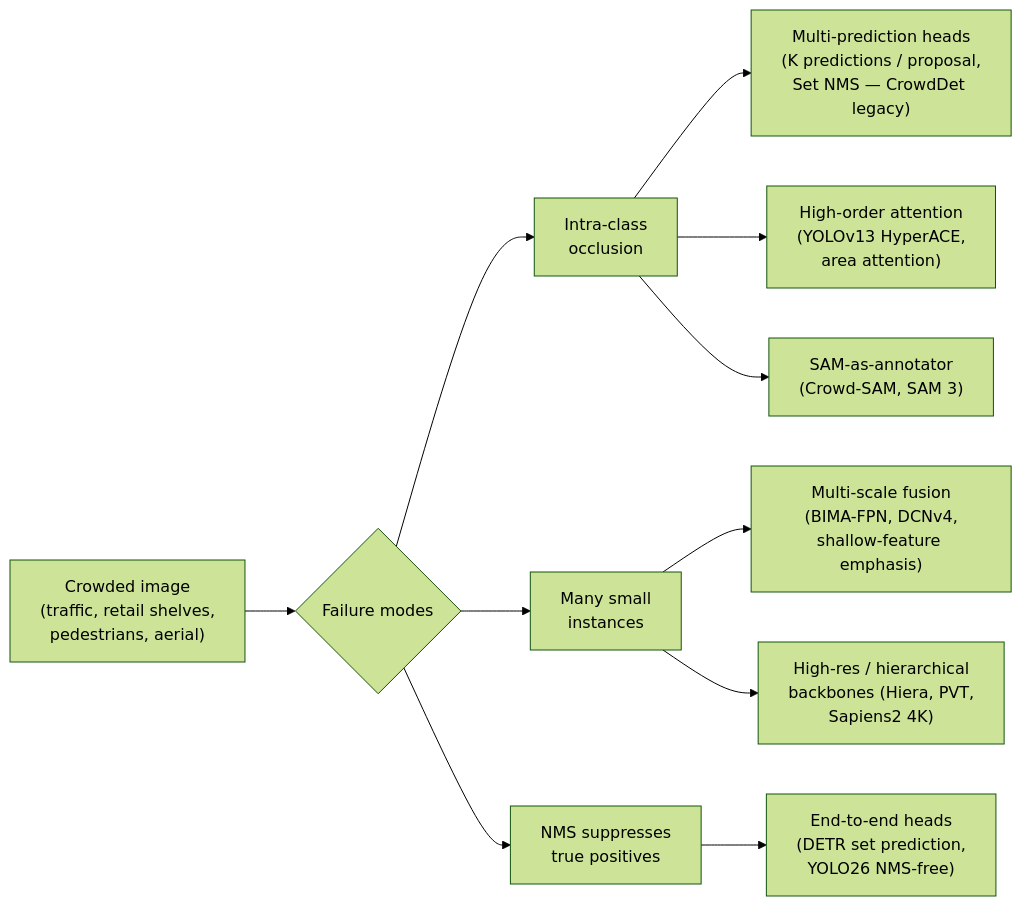
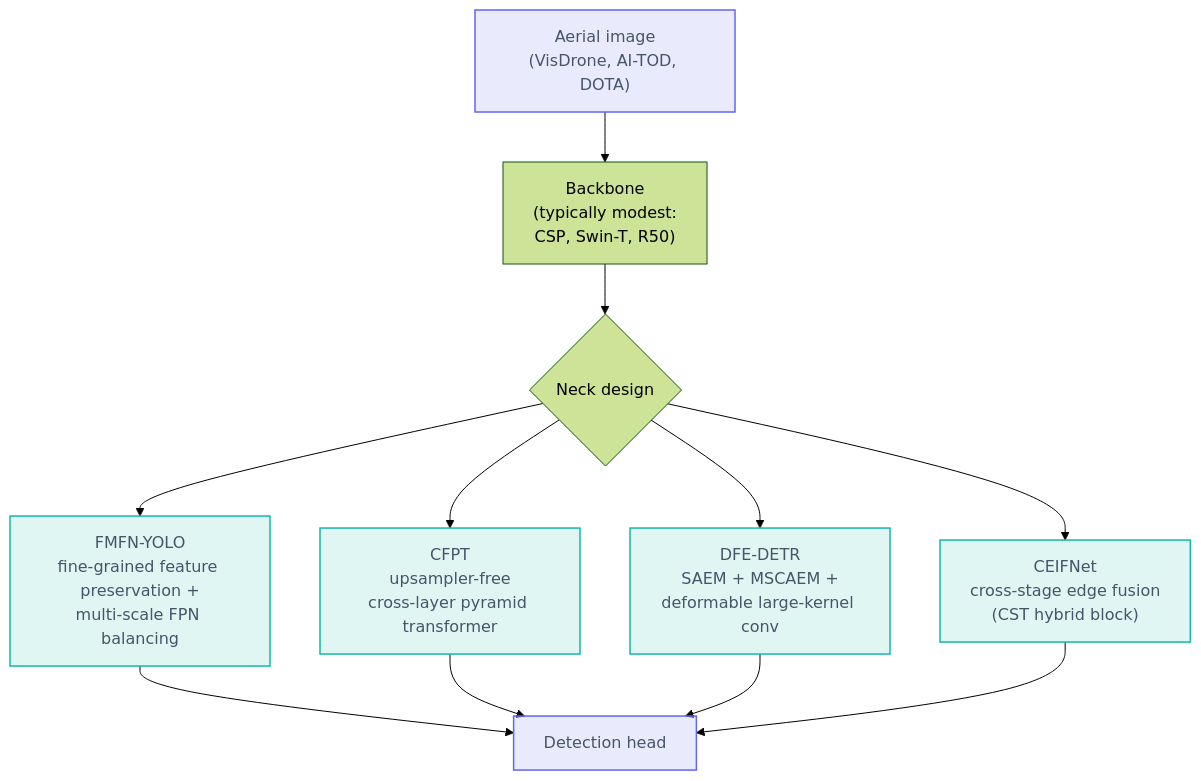
Before and after one commit to voyarchie/cv-updates: the second of 4 diagrams in 2026-Apr-30/2026-Apr-30_CV_updates.md, drawn with Mermaid (forest theme). The commit also changed other lines of this file and 3 other files, not shown here.

````diff
--- a/2026-Apr-30/2026-Apr-30_CV_updates.md
+++ b/2026-Apr-30/2026-Apr-30_CV_updates.md
@@ -156,14 +68,18 @@
 ```mermaid
-flowchart LR
-    INPUT["Crowded image<br/>(traffic, retail shelves,<br/>pedestrians, aerial)"] --> CHALLENGES{"Failure modes"}
-    CHALLENGES --> OCC["Intra-class<br/>occlusion"]
-    CHALLENGES --> SMALL["Many small<br/>instances"]
-    CHALLENGES --> NMS["NMS suppresses<br/>true positives"]
+flowchart TB
+    Input["Aerial image<br/>(VisDrone, AI-TOD, DOTA)"] --> BB["Backbone<br/>(typically modest:<br/>CSP, Swin-T, R50)"]
+    BB --> Neck{"Neck design"}
+    Neck --> N1["FMFN-YOLO<br/>fine-grained feature preservation +<br/>multi-scale FPN balancing"]
+    Neck --> N2["CFPT<br/>upsampler-free<br/>cross-layer pyramid transformer"]
+    Neck --> N3["DFE-DETR<br/>SAEM + MSCAEM +<br/>deformable large-kernel conv"]
+    Neck --> N4["CEIFNet<br/>cross-stage edge fusion<br/>(CST hybrid block)"]
+    N1 --> Head[Detection head]
+    N2 --> Head
+    N3 --> Head
+    N4 --> Head
 
-    OCC --> R1["Multi-prediction heads<br/>(K predictions / proposal,<br/>Set NMS — CrowdDet legacy)"]
-    SMALL --> R2["Multi-scale fusion<br/>(BIMA-FPN, DCNv4,<br/>shallow-feature emphasis)"]
-    NMS --> R3["End-to-end heads<br/>(DETR set prediction,<br/>YOLO26 NMS-free)"]
-    OCC --> R4["High-order attention<br/>(YOLOv13 HyperACE,<br/>area attention)"]
-    SMALL --> R5["High-res / hierarchical<br/>backbones (Hiera, PVT,<br/>Sapiens2 4K)"]
-    OCC --> R6["SAM-as-annotator<br/>(Crowd-SAM, SAM 3)"]
+    classDef neck fill:#14b8a622,stroke:#14b8a6,stroke-width:1.5px,color:#475569;
+    classDef io   fill:#6366f122,stroke:#6366f1,stroke-width:1.5px,color:#475569;
+    class N1,N2,N3,N4 neck
+    class Input,Head io
 ```
````
